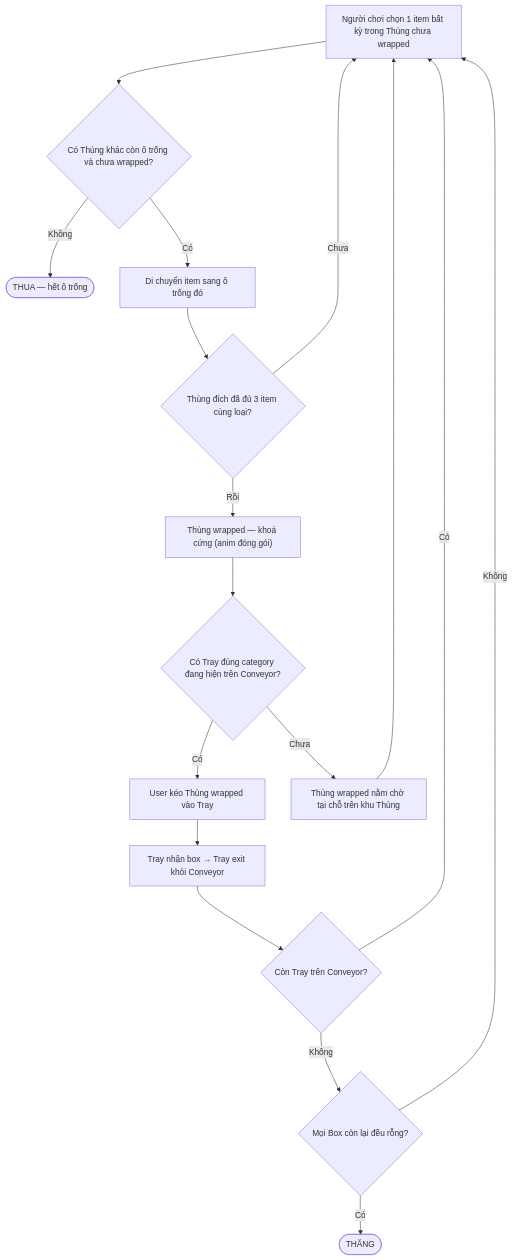
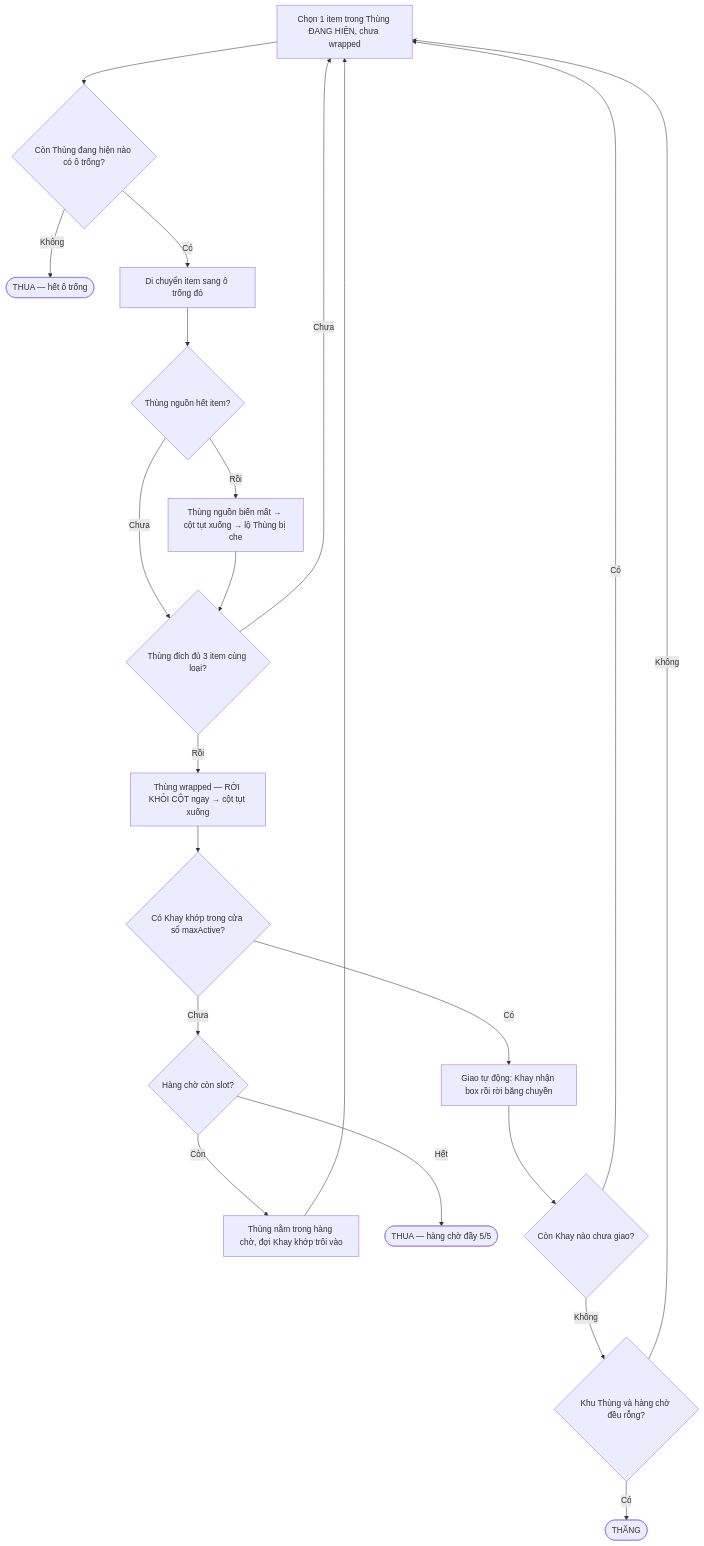
Before and after one commit to HaoPhu27/Idea-Game-Prototype: the diagram in Factory Sort/docs/GDD_GoodsSort_TrayConveyor_v2.md, drawn with Mermaid. The commit also changed other lines of this file and 5 other files, not shown here.

````diff
--- a/Factory Sort/docs/GDD_GoodsSort_TrayConveyor_v2.md
+++ b/Factory Sort/docs/GDD_GoodsSort_TrayConveyor_v2.md
@@ -55,19 +73,22 @@
 ```mermaid
 flowchart TD
-    A[Người chơi chọn 1 item bất kỳ trong Thùng chưa wrapped] --> B{Có Thùng khác còn ô trống và chưa wrapped?}
+    A[Chọn 1 item trong Thùng ĐANG HIỆN, chưa wrapped] --> B{Còn Thùng đang hiện nào có ô trống?}
     B -->|Không| L([THUA — hết ô trống])
     B -->|Có| C[Di chuyển item sang ô trống đó]
-    C --> D{Thùng đích đã đủ 3 item cùng loại?}
+    C --> C2{Thùng nguồn hết item?}
+    C2 -->|Rồi| C3[Thùng nguồn biến mất → cột tụt xuống → lộ Thùng bị che]
+    C2 -->|Chưa| D
+    C3 --> D{Thùng đích đủ 3 item cùng loại?}
     D -->|Chưa| A
-    D -->|Rồi| E["Thùng wrapped — khoá cứng (anim đóng gói)"]
-    E --> F{Có Tray đúng category đang hiện trên Conveyor?}
-    F -->|Có| G[User kéo Thùng wrapped vào Tray]
-    F -->|Chưa| H[Thùng wrapped nằm chờ tại chỗ trên khu Thùng]
-    H --> A
-    G --> I[Tray nhận box → Tray exit khỏi Conveyor]
-    I --> J{Còn Tray trên Conveyor?}
+    D -->|Rồi| E["Thùng wrapped — RỜI KHỎI CỘT ngay → cột tụt xuống"]
+    E --> F{Có Khay khớp trong cửa sổ maxActive?}
+    F -->|Có| G[Giao tự động: Khay nhận box rồi rời băng chuyền]
+    F -->|Chưa| H{Hàng chờ còn slot?}
+    H -->|Còn| H2[Thùng nằm trong hàng chờ, đợi Khay khớp trôi vào] --> A
+    H -->|Hết| LQ([THUA — hàng chờ đầy 5/5])
+    G --> J{Còn Khay nào chưa giao?}
     J -->|Có| A
-    J -->|Không| K{Mọi Box còn lại đều rỗng?}
+    J -->|Không| K{Khu Thùng và hàng chờ đều rỗng?}
     K -->|Có| W([THẮNG])
     K -->|Không| A
 ```
````
